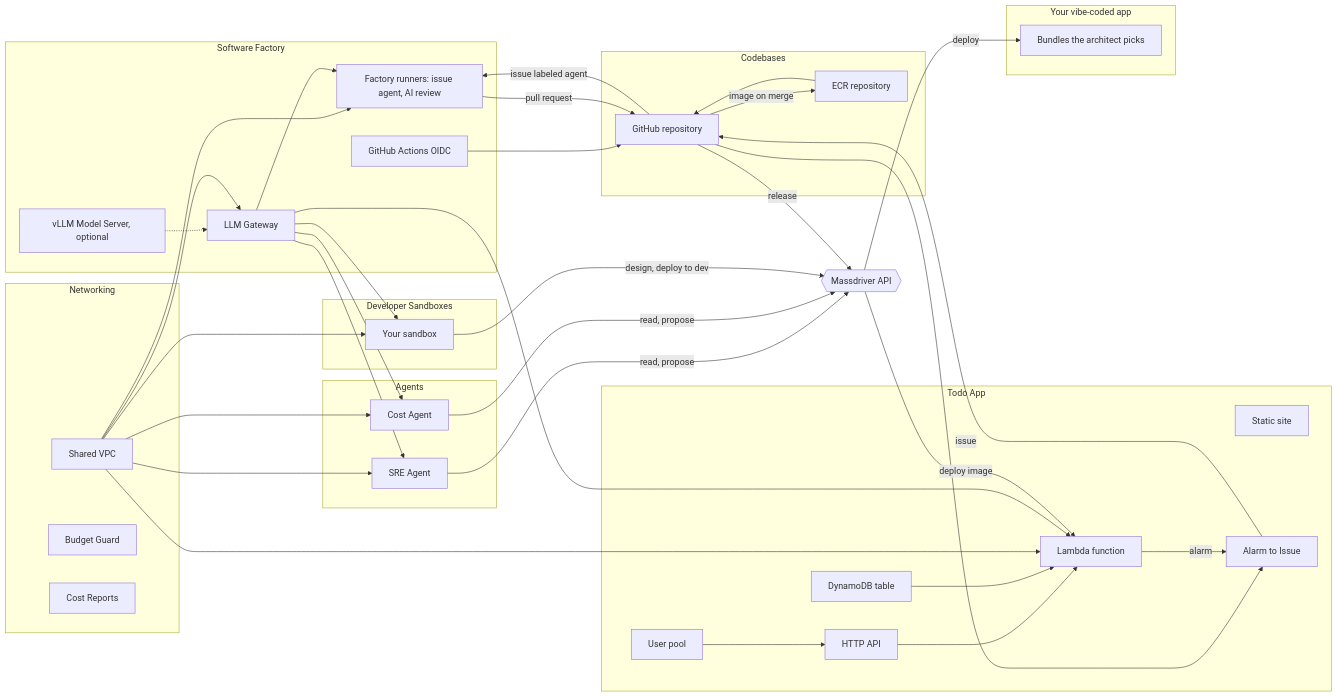
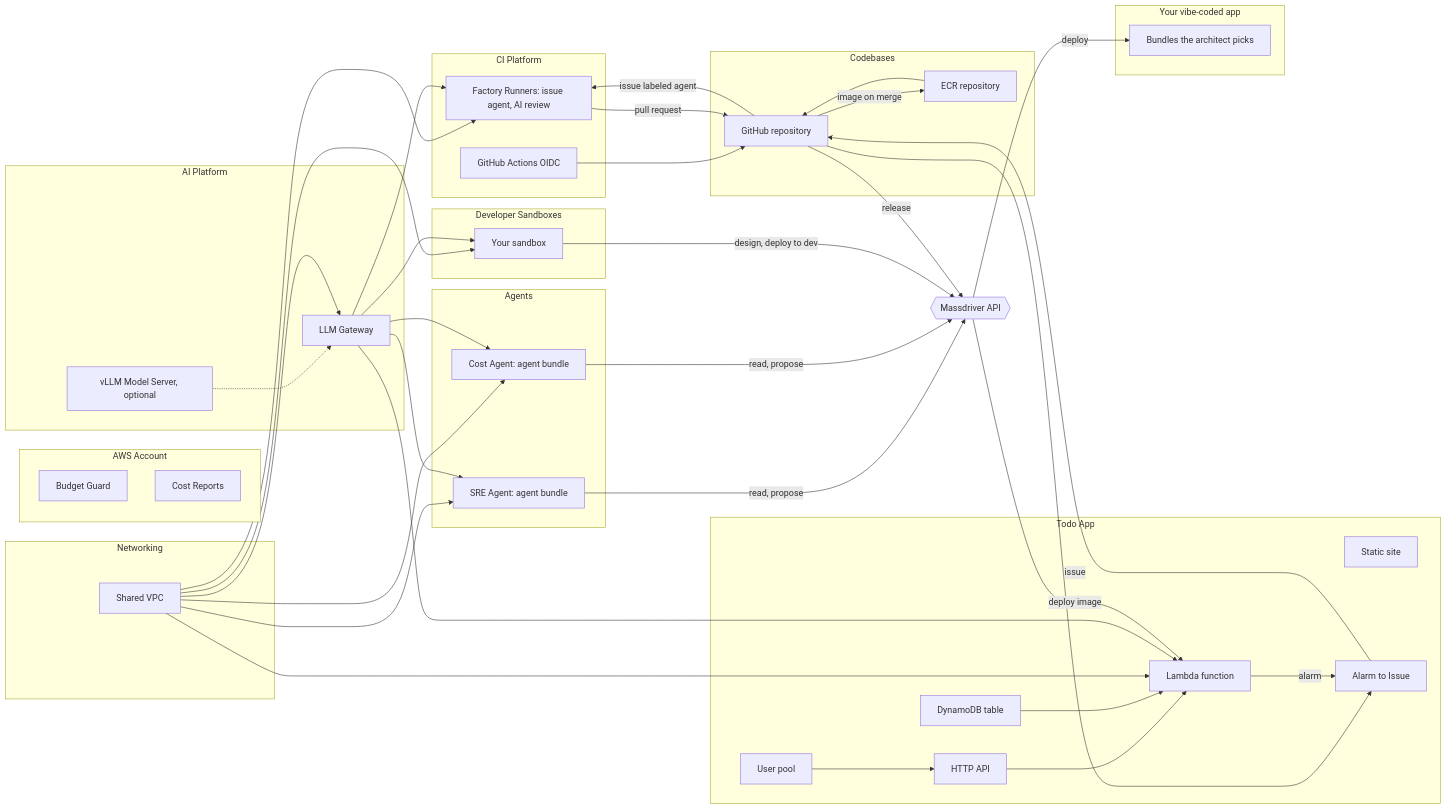
Before and after one commit to massdriver-catalogs/aws-software-factory: the diagram in WORKSHOP.md, drawn with Mermaid. The commit also changed other lines of this file and 8 other files, not shown here.

Commit message:
Organize the factory into account, network, CI, AI and agent projects

````diff
--- a/WORKSHOP.md
+++ b/WORKSHOP.md
@@ -19,52 +20,56 @@
 ```mermaid
 flowchart LR
-  subgraph NET[Networking]
-    VPC[Shared VPC]
+  subgraph ACCT[AWS Account]
     BG[Budget Guard]
     CR[Cost Reports]
   end
-  subgraph SF[Software Factory]
+  subgraph NET[Networking]
+    VPC[Shared VPC]
+  end
+  subgraph AI[AI Platform]
     GPU["vLLM Model Server, optional"] -.-> GW[LLM Gateway]
-    RUN["Factory runners: issue agent, AI review"]
+  end
+  subgraph CI[CI Platform]
+    RUN["Factory Runners: issue agent, AI review"]
     OIDC[GitHub Actions OIDC]
   end
   subgraph CB[Codebases]
     ECR[ECR repository]
     REPO[GitHub repository]
   end
   subgraph APP[Todo App]
     USR[User pool] --> API[HTTP API]
     API --> FN[Lambda function]
     TBL[DynamoDB table] --> FN
     WEB[Static site]
     A2I[Alarm to Issue]
   end
   subgraph DS[Developer Sandboxes]
     SB[Your sandbox]
   end
   subgraph AG[Agents]
-    SRE[SRE Agent]
-    COST[Cost Agent]
+    SRE["SRE Agent: agent bundle"]
+    COST["Cost Agent: agent bundle"]
   end
   subgraph NA[Your vibe-coded app]
     NAPP["Bundles the architect picks"]
   end
   MD{{Massdriver API}}
 
   VPC --> GW & RUN & FN & SB & SRE & COST
   GW --> RUN & FN & SB & SRE & COST
   OIDC --> REPO
   ECR --> REPO
   REPO --> A2I
 
   REPO -->|issue labeled agent| RUN
   RUN -->|pull request| REPO
   REPO -->|image on merge| ECR
   REPO -->|release| MD
   MD -->|deploy image| FN
   FN -->|alarm| A2I
   A2I -->|issue| REPO
   SRE & COST -->|read, propose| MD
   SB -->|design, deploy to dev| MD
   MD -->|deploy| NAPP
 ```
````
